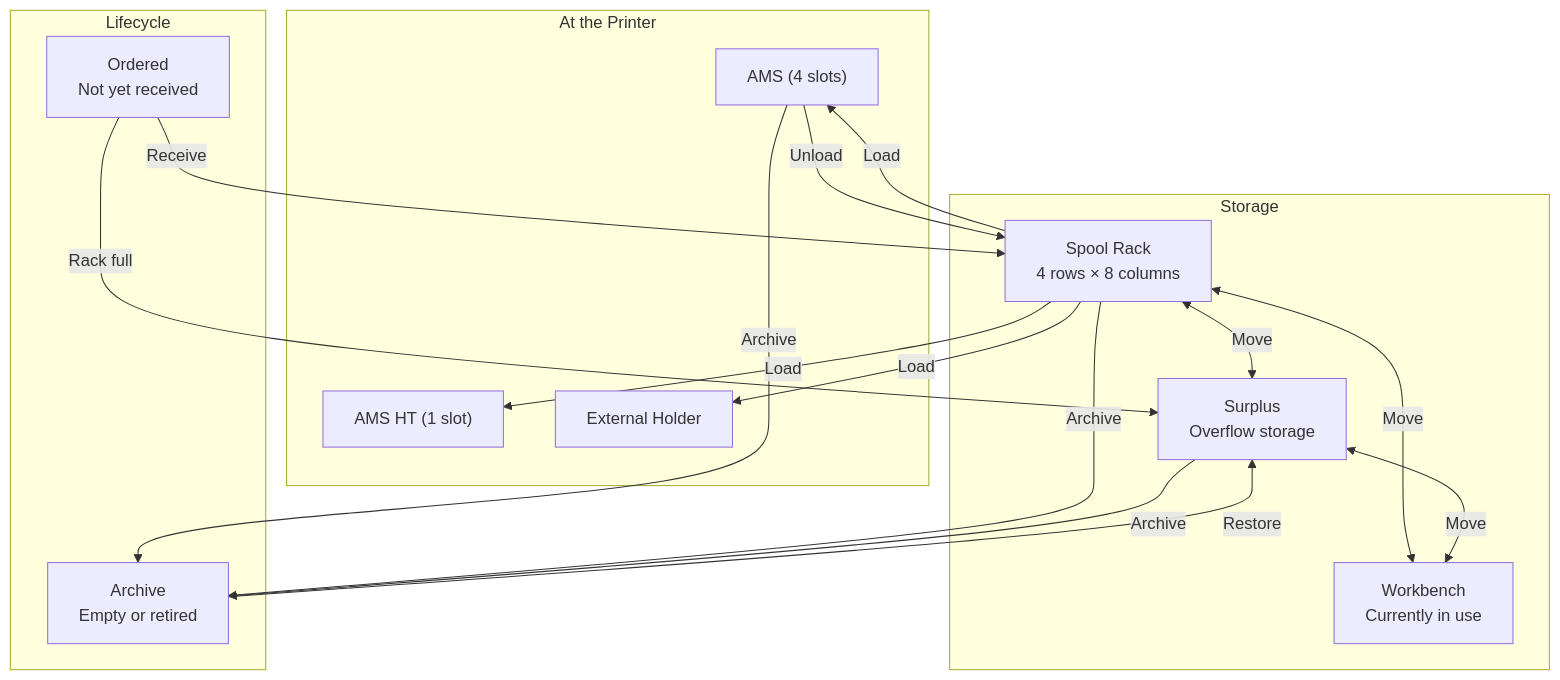
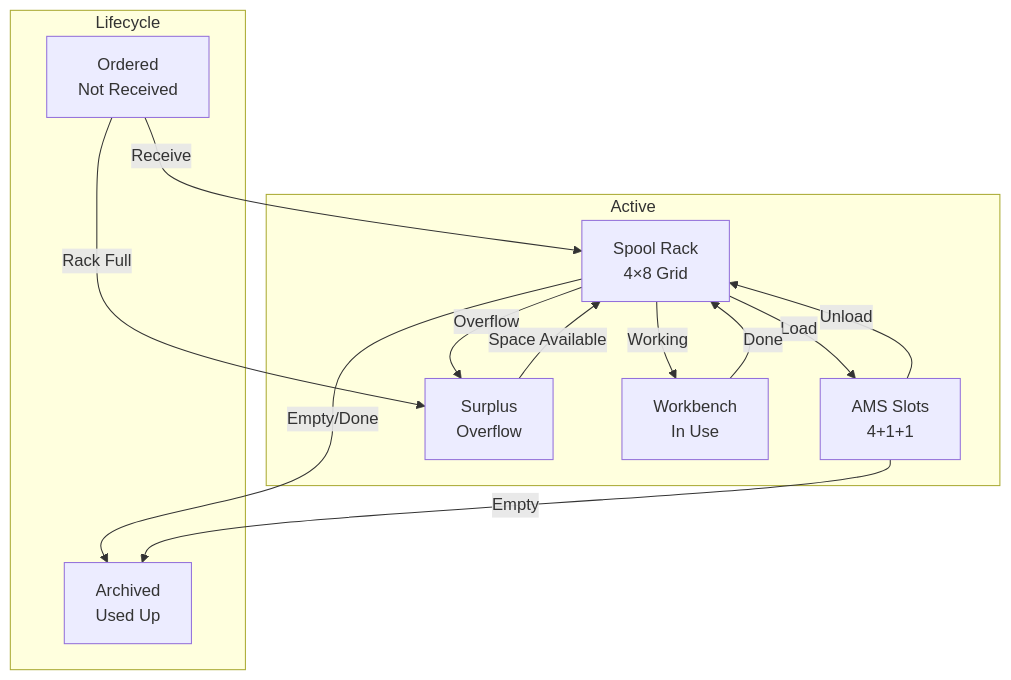
One commit to kbarthei/HASpoolManager changed the diagram in docs/user-stories/spool-management.md. Above: the diagram before and after it, drawn with Mermaid. The commit also changed other lines of this file and 2 other files, not shown here.

Commit message:
docs: user stories — procurement, printing, spool management workflows

````diff
--- a/docs/user-stories/spool-management.md
+++ b/docs/user-stories/spool-management.md
@@ -9,33 +7,25 @@
 ```mermaid
-flowchart TB
-    subgraph "At the Printer"
-        AMS["AMS (4 slots)"]
-        HT["AMS HT (1 slot)"]
-        EXT["External Holder"]
+graph TB
+    subgraph Active
+        Rack[Spool Rack<br/>4×8 Grid]
+        AMS[AMS Slots<br/>4+1+1]
+        Surplus[Surplus<br/>Overflow]
+        Workbench[Workbench<br/>In Use]
     end
 
-    subgraph "Storage"
-        RACK["Spool Rack<br/>4 rows × 8 columns"]
-        SURPLUS["Surplus<br/>Overflow storage"]
-        BENCH["Workbench<br/>Currently in use"]
+    subgraph Lifecycle
+        Ordered[Ordered<br/>Not Received]
+        Archive[Archived<br/>Used Up]
     end
 
-    subgraph "Lifecycle"
-        ORDERED["Ordered<br/>Not yet received"]
-        ARCHIVE["Archive<br/>Empty or retired"]
-    end
-
-    ORDERED -->|"Receive"| RACK
-    ORDERED -->|"Rack full"| SURPLUS
-    RACK -->|"Load"| AMS
-    RACK -->|"Load"| HT
-    RACK -->|"Load"| EXT
-    AMS -->|"Unload"| RACK
-    RACK <-->|"Move"| SURPLUS
-    RACK <-->|"Move"| BENCH
-    SURPLUS <-->|"Move"| BENCH
-    AMS -->|"Archive"| ARCHIVE
-    RACK -->|"Archive"| ARCHIVE
-    SURPLUS -->|"Archive"| ARCHIVE
-    ARCHIVE -->|"Restore"| SURPLUS
+    Ordered -->|Receive| Rack
+    Ordered -->|Rack Full| Surplus
+    Rack -->|Load| AMS
+    AMS -->|Unload| Rack
+    Rack -->|Working| Workbench
+    Workbench -->|Done| Rack
+    Rack -->|Overflow| Surplus
+    Surplus -->|Space Available| Rack
+    Rack -->|Empty/Done| Archive
+    AMS -->|Empty| Archive
 ```
````
